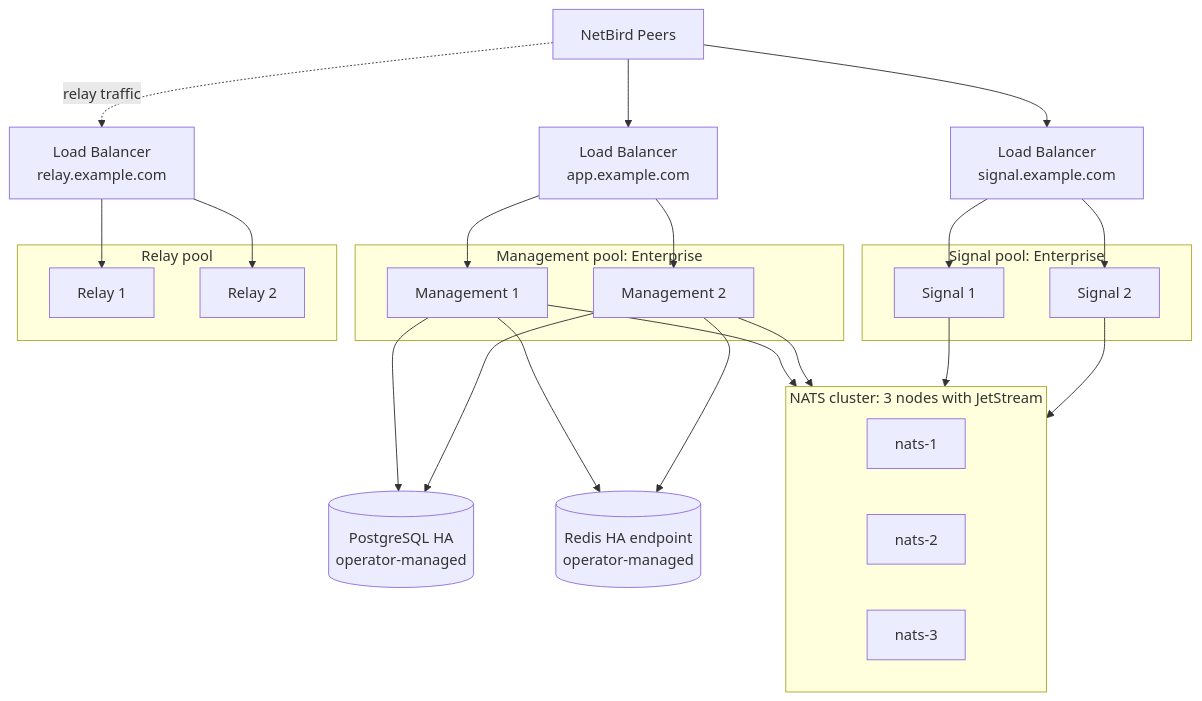
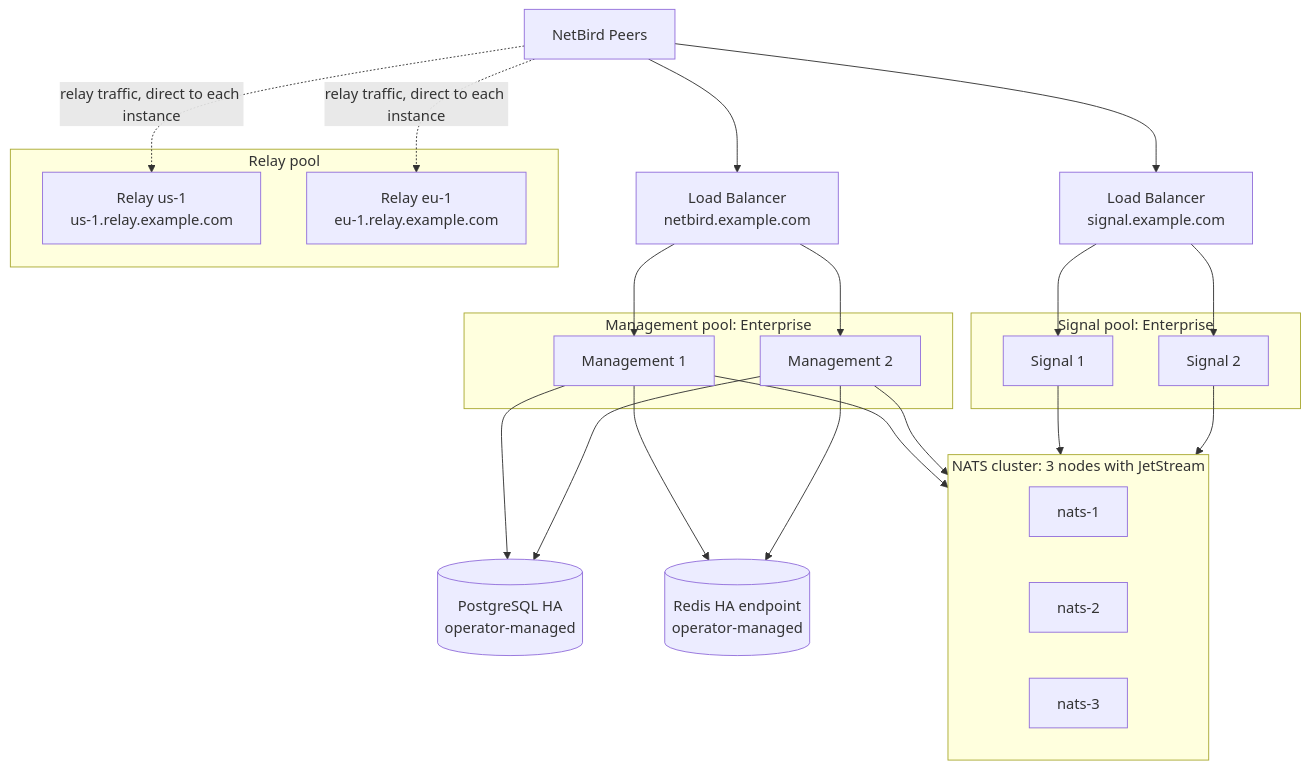
The diagram in src/pages/selfhosted/maintenance/scaling/high-availability.mdx (netbirdio/docs), drawn with Mermaid before and after one commit. The commit also changed other lines of this file, not shown here.

First line of the commit message:
HA guide: relay addressing and Management pool fixes (#993)

````diff
--- a/src/pages/selfhosted/maintenance/scaling/high-availability.mdx
+++ b/src/pages/selfhosted/maintenance/scaling/high-availability.mdx
@@ -68,45 +68,43 @@
 ```mermaid
 flowchart TB
     Peers[NetBird Peers]
 
-    LBM[Load Balancer<br/>app.example.com]
+    LBM[Load Balancer<br/>netbird.example.com]
     LBS[Load Balancer<br/>signal.example.com]
-    LBR[Load Balancer<br/>relay.example.com]
 
     subgraph Mgmt[Management pool: Enterprise]
         M1[Management 1]
         M2[Management 2]
     end
 
     subgraph Sig[Signal pool: Enterprise]
         S1[Signal 1]
         S2[Signal 2]
     end
 
     subgraph Rel[Relay pool]
-        R1[Relay 1]
-        R2[Relay 2]
+        R1[Relay us-1<br/>us-1.relay.example.com]
+        R2[Relay eu-1<br/>eu-1.relay.example.com]
     end
 
     subgraph NATSC[NATS cluster: 3 nodes with JetStream]
         N1[nats-1]
         N2[nats-2]
         N3[nats-3]
     end
 
     PG[(PostgreSQL HA<br/>operator-managed)]
     RD[(Redis HA endpoint<br/>operator-managed)]
 
     Peers --> LBM
     Peers --> LBS
-    Peers -.->|relay traffic| LBR
+    Peers -.->|relay traffic, direct to each instance| R1 & R2
 
     LBM --> M1 & M2
     LBS --> S1 & S2
-    LBR --> R1 & R2
 
     M1 & M2 --> PG
     M1 & M2 --> RD
     M1 & M2 --> NATSC
     S1 & S2 --> NATSC
 ```
````
